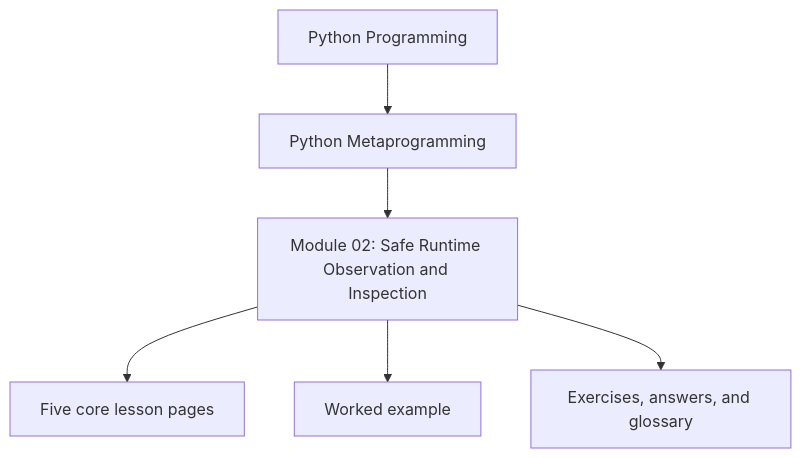
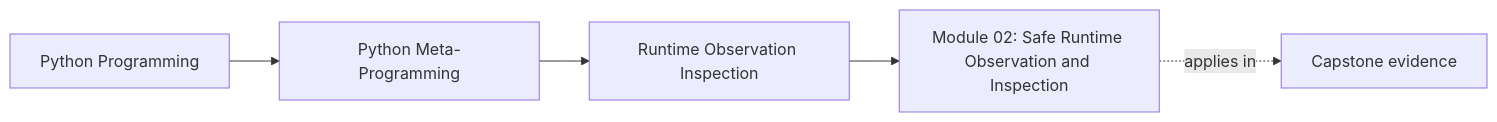
Before and after one commit to bijux/bijux-masterclass: the first of 2 diagrams in programs/python-programming/python-meta-programming/course-book/module-02-runtime-observation-inspection/index.md, drawn with Mermaid. The commit also changed other lines of this file and 55 other files, not shown here.

Commit message:
docs(python-meta-programming): map runtime foundations and inspection routes

````diff
--- a/programs/python-programming/python-meta-programming/course-book/module-02-runtime-observation-inspection/index.md
+++ b/programs/python-programming/python-meta-programming/course-book/module-02-runtime-observation-inspection/index.md
@@ -6,8 +6,11 @@
 ```mermaid
-flowchart TD
-  family["Python Programming"] --> program["Python Metaprogramming"]
-  program --> module["Module 02: Safe Runtime Observation and Inspection"]
-  module --> cores["Five core lesson pages"]
-  module --> example["Worked example"]
-  module --> practice["Exercises, answers, and glossary"]
+graph LR
+  family["Python Programming"]
+  program["Python Meta-Programming"]
+  section["Runtime Observation Inspection"]
+  page["Module 02: Safe Runtime Observation and Inspection"]
+  capstone["Capstone evidence"]
+
+  family --> program --> section --> page
+  page -.applies in.-> capstone
 ```
````
